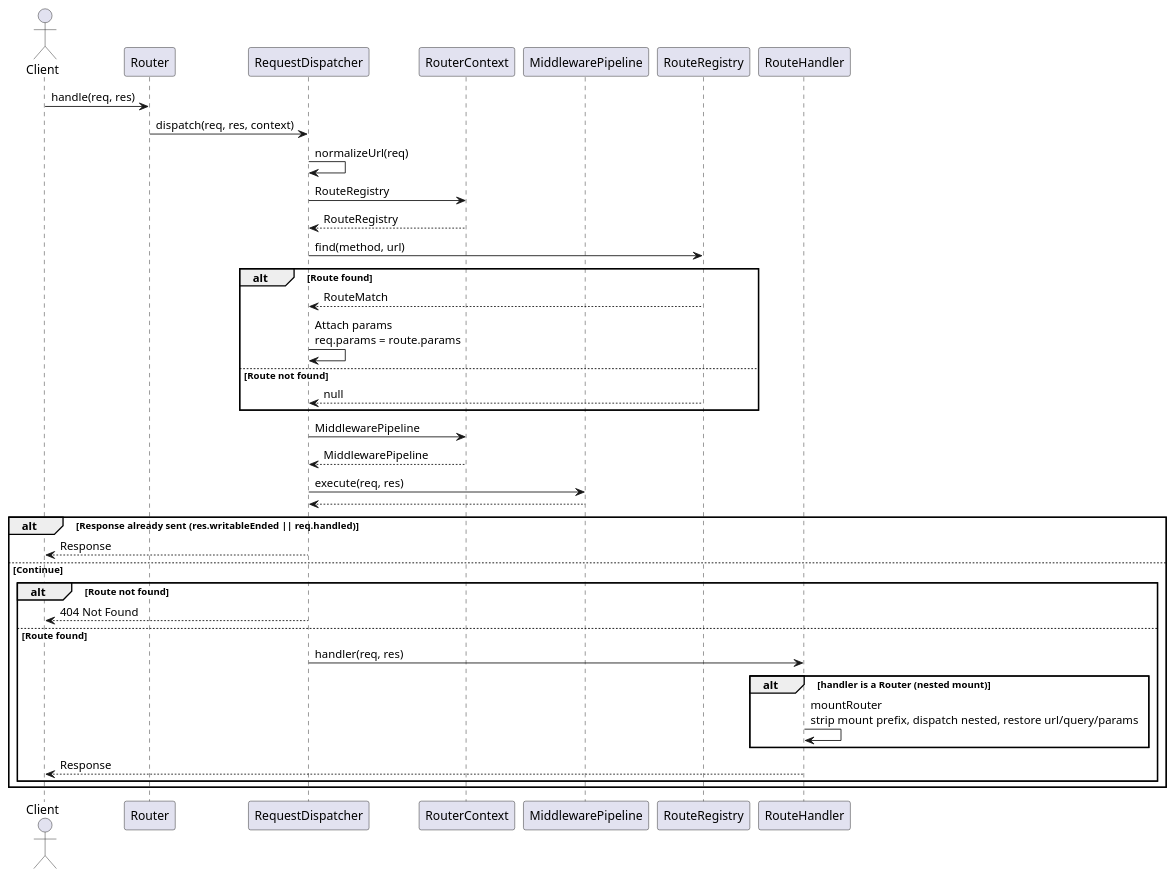
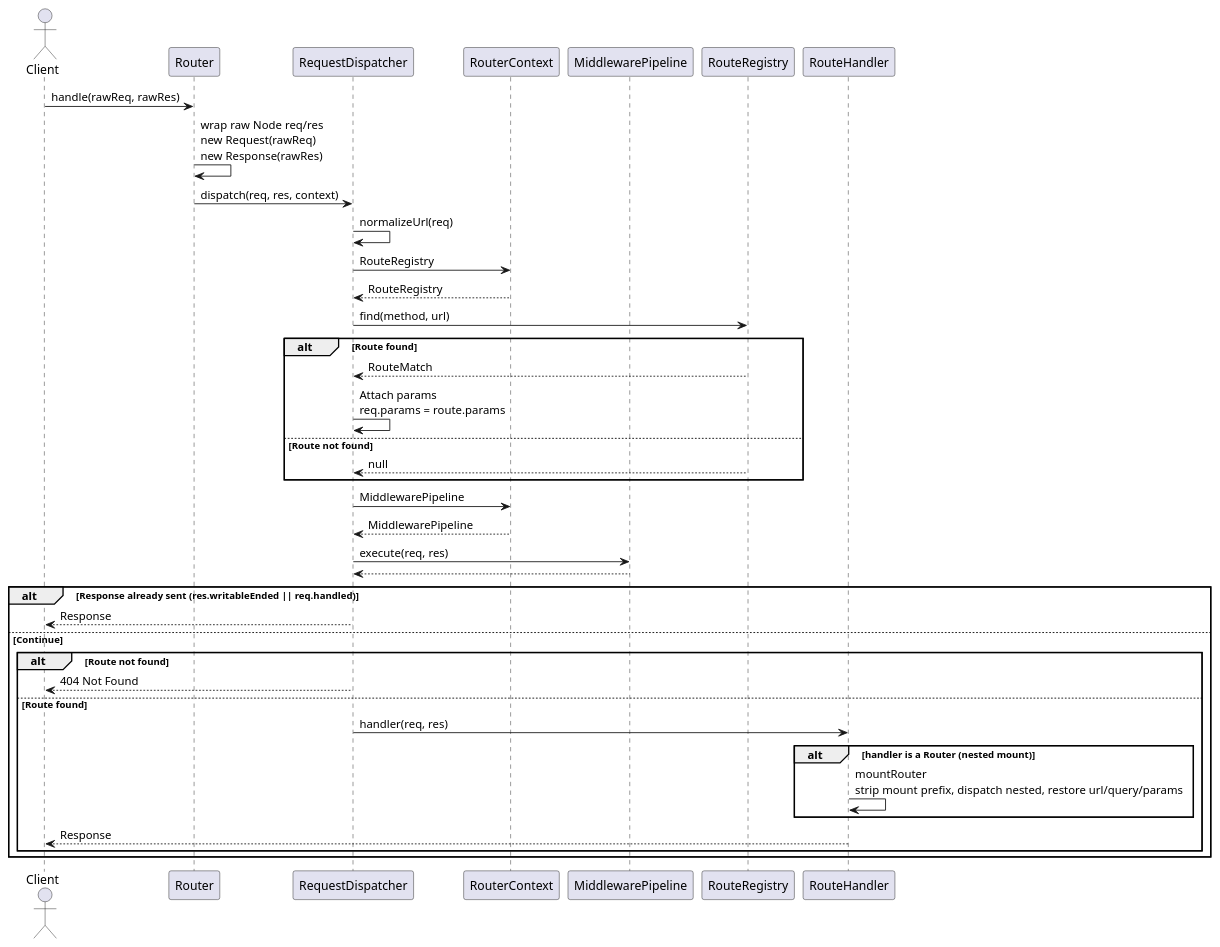
Before and after one commit to Ali-Wael-Hassan/duck-node-router: the diagram in docs/sequence diagrams/overview-sequence.puml, drawn with PlantUML. The commit also changed 20 other files, not shown here.

```diff
--- a/docs/sequence diagrams/overview-sequence.puml
+++ b/docs/sequence diagrams/overview-sequence.puml
@@ -1,49 +1,51 @@
 @startuml High-level Overview
 
 actor Client
 
 participant Router
 participant RequestDispatcher
 participant RouterContext
 participant MiddlewarePipeline
 participant RouteRegistry
 participant RouteHandler
 
-Client -> Router : handle(req, res)
+Client -> Router : handle(rawReq, rawRes)
+
+Router -> Router : wrap raw Node req/res\nnew Request(rawReq)\nnew Response(rawRes)
 
 Router -> RequestDispatcher : dispatch(req, res, context)
 
 RequestDispatcher -> RequestDispatcher : normalizeUrl(req)
 
 RequestDispatcher -> RouterContext : RouteRegistry
 RouterContext --> RequestDispatcher : RouteRegistry
 
 RequestDispatcher -> RouteRegistry : find(method, url)
 alt Route found
     RouteRegistry --> RequestDispatcher : RouteMatch
     RequestDispatcher -> RequestDispatcher : Attach params\nreq.params = route.params
 else Route not found
     RouteRegistry --> RequestDispatcher : null
 end
 
 RequestDispatcher -> RouterContext : MiddlewarePipeline
 RouterContext --> RequestDispatcher : MiddlewarePipeline
 
 RequestDispatcher -> MiddlewarePipeline : execute(req, res)
 MiddlewarePipeline --> RequestDispatcher
 
 alt Response already sent (res.writableEnded || req.handled)
     RequestDispatcher --> Client : Response
 else Continue
     alt Route not found
         RequestDispatcher --> Client : 404 Not Found
     else Route found
         RequestDispatcher -> RouteHandler : handler(req, res)
         alt handler is a Router (nested mount)
             RouteHandler -> RouteHandler : mountRouter\nstrip mount prefix, dispatch nested, restore url/query/params
         end
         RouteHandler --> Client : Response
     end
 end
 
 @enduml
```
